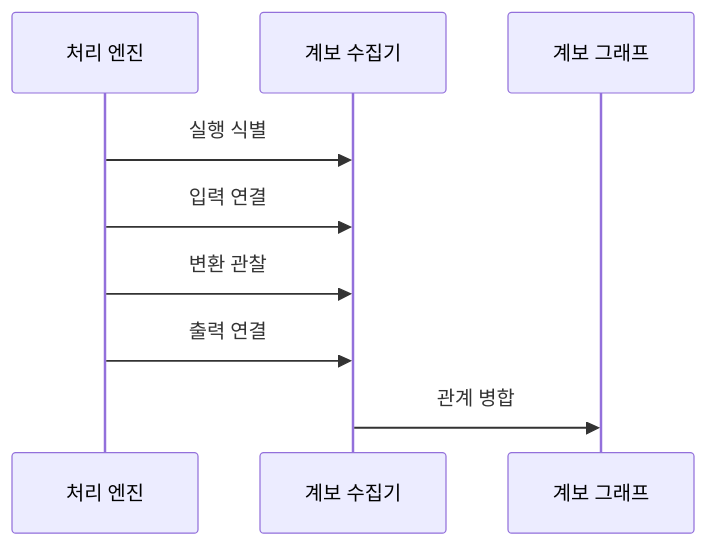
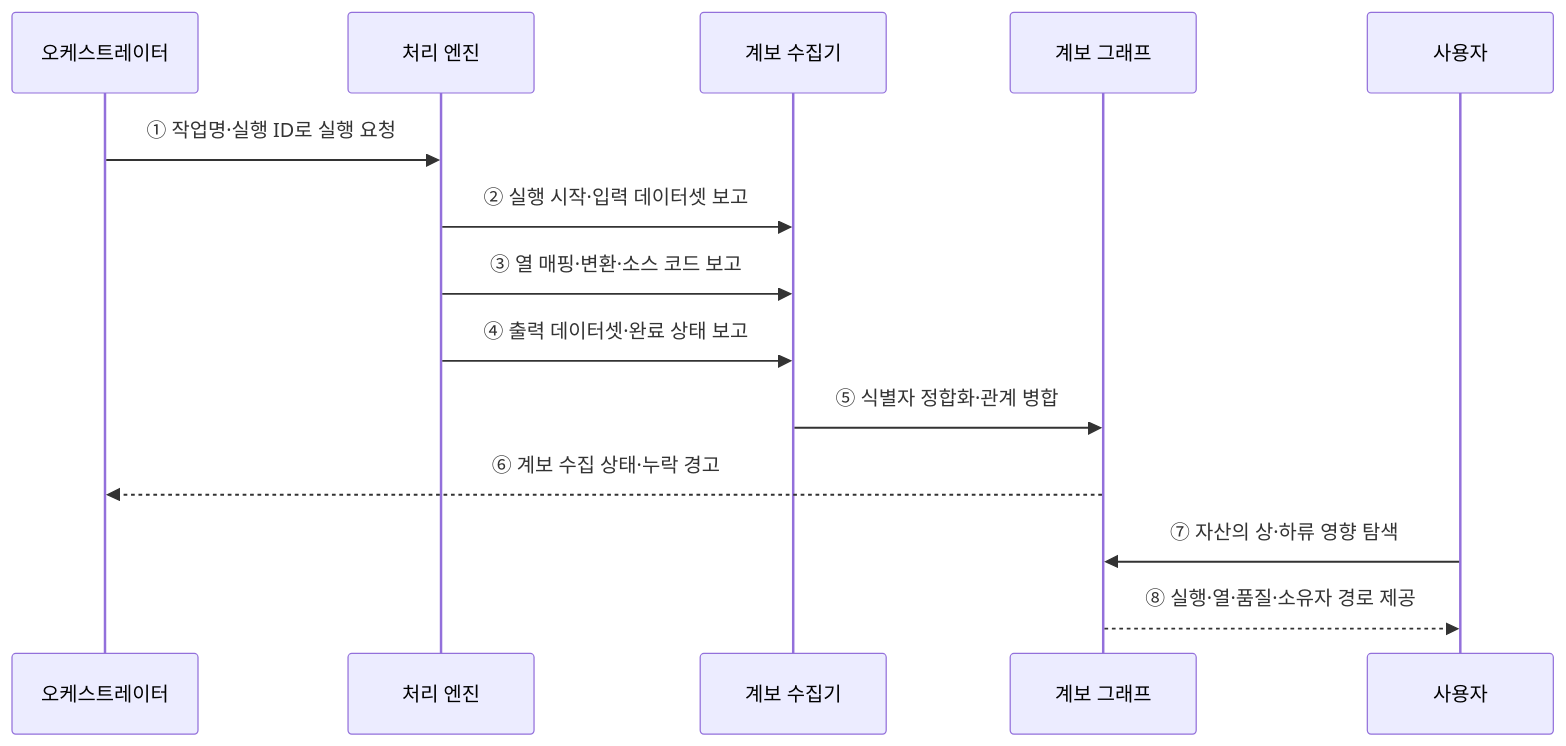
The second of 2 diagrams in src/content/docs/notes/03-software/134_data_lineage.md (agnusdei1207/knowledge-base), drawn with Mermaid before and after one commit. The commit also changed other lines of this file and 20 other files, not shown here.

````diff
--- a/src/content/docs/notes/03-software/134_data_lineage.md
+++ b/src/content/docs/notes/03-software/134_data_lineage.md
@@ -82,11 +72,16 @@
 ```mermaid
 sequenceDiagram
+    participant O as 오케스트레이터
     participant E as 처리 엔진
     participant C as 계보 수집기
     participant G as 계보 그래프
-    E->>C: 실행 식별
-    E->>C: 입력 연결
-    E->>C: 변환 관찰
-    E->>C: 출력 연결
-    C->>G: 관계 병합
+    participant U as 사용자
+    O->>E: ① 작업명·실행 ID로 실행 요청
+    E->>C: ② 실행 시작·입력 데이터셋 보고
+    E->>C: ③ 열 매핑·변환·소스 코드 보고
+    E->>C: ④ 출력 데이터셋·완료 상태 보고
+    C->>G: ⑤ 식별자 정합화·관계 병합
+    G-->>O: ⑥ 계보 수집 상태·누락 경고
+    U->>G: ⑦ 자산의 상·하류 영향 탐색
+    G-->>U: ⑧ 실행·열·품질·소유자 경로 제공
 ```
````
